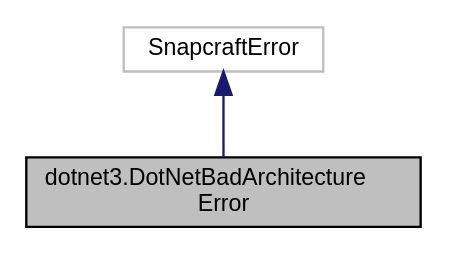
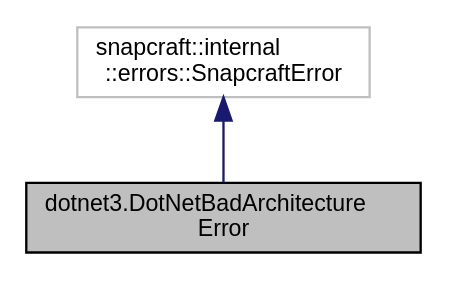
One commit to MadeByEmil/Pigmeat changed the diagram in classdotnet3_1_1_dot_net_bad_architecture_error__inherit__graph.dot. Above: the diagram before and after it, drawn with Graphviz. The commit also changed 251 other files, not shown here.

```diff
--- a/classdotnet3_1_1_dot_net_bad_architecture_error__inherit__graph.dot
+++ b/classdotnet3_1_1_dot_net_bad_architecture_error__inherit__graph.dot
@@ -1,9 +1,9 @@
 digraph "dotnet3.DotNetBadArchitectureError"
 {
  // LATEX_PDF_SIZE
   edge [fontname="Helvetica",fontsize="10",labelfontname="Helvetica",labelfontsize="10"];
   node [fontname="Helvetica",fontsize="10",shape=record];
   Node1 [label="dotnet3.DotNetBadArchitecture\lError",height=0.2,width=0.4,color="black", fillcolor="grey75", style="filled", fontcolor="black",tooltip=" "];
   Node2 -> Node1 [dir="back",color="midnightblue",fontsize="10",style="solid",fontname="Helvetica"];
-  Node2 [label="SnapcraftError",height=0.2,width=0.4,color="grey75", fillcolor="white", style="filled",tooltip=" "];
+  Node2 [label="snapcraft::internal\l::errors::SnapcraftError",height=0.2,width=0.4,color="grey75", fillcolor="white", style="filled",tooltip=" "];
 }
```
